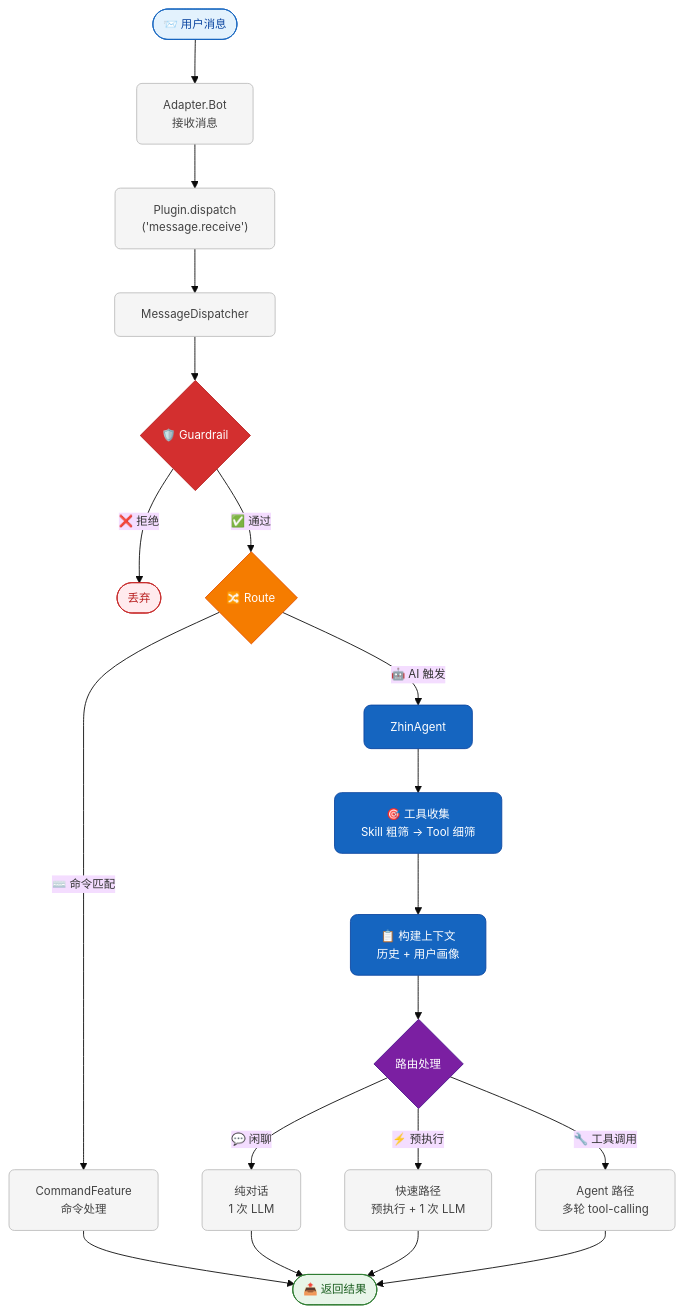
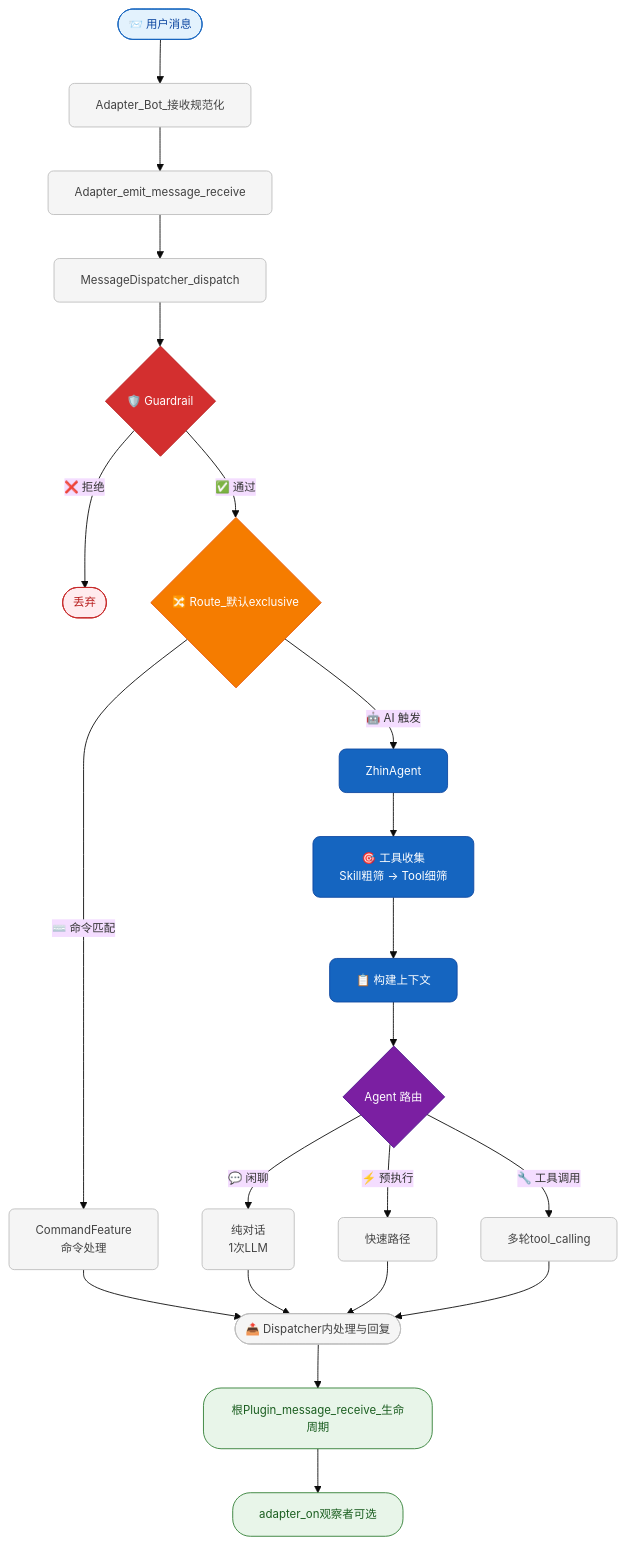
One commit to zhinjs/zhin changed the third of 3 diagrams in docs/architecture-overview.md. Above: the diagram before and after it, drawn with Mermaid. The commit also changed other lines of this file and 22 other files, not shown here.

````diff
--- a/docs/architecture-overview.md
+++ b/docs/architecture-overview.md
@@ -216,46 +218,48 @@
 ```mermaid
 %%{init: {'theme': 'base', 'themeVariables': { 'fontSize': '13px' }}}%%
 flowchart TD
-  A([" 📨 用户消息 "]) --> B["Adapter.Bot\n接收消息"]
-  B --> C["Plugin.dispatch\n('message.receive')"]
-  C --> D["MessageDispatcher"]
+  A([" 📨 用户消息 "]) --> B["Adapter_Bot_接收规范化"]
+  B --> C["Adapter_emit_message_receive"]
+  C --> D["MessageDispatcher_dispatch"]
 
   D --> E{" 🛡️ Guardrail "}
   E -->|" ❌ 拒绝 "| Z(["丢弃"])
-  E -->|" ✅ 通过 "| F{" 🔀 Route "}
+  E -->|" ✅ 通过 "| F{" 🔀 Route_默认exclusive "}
 
   F -->|" ⌨️ 命令匹配 "| G["CommandFeature\n命令处理"]
   F -->|" 🤖 AI 触发 "| H["ZhinAgent"]
 
-  H --> I["🎯 工具收集\nSkill 粗筛 → Tool 细筛"]
-  I --> J["📋 构建上下文\n历史 + 用户画像"]
-  J --> K{" 路由处理 "}
+  H --> I["🎯 工具收集\nSkill粗筛 → Tool细筛"]
+  I --> J["📋 构建上下文"]
+  J --> K{" Agent 路由 "}
 
-  K -->|" 💬 闲聊 "| L["纯对话\n1 次 LLM"]
-  K -->|" ⚡ 预执行 "| M["快速路径\n预执行 + 1 次 LLM"]
-  K -->|" 🔧 工具调用 "| N["Agent 路径\n多轮 tool-calling"]
+  K -->|" 💬 闲聊 "| L["纯对话\n1次LLM"]
+  K -->|" ⚡ 预执行 "| M["快速路径"]
+  K -->|" 🔧 工具调用 "| N["多轮tool_calling"]
 
   G --> O
   L --> O
   M --> O
   N --> O
-  O(["📤 返回结果"])
+  O([" 📤 Dispatcher内处理与回复 "])
+  O --> P[" 根Plugin_message_receive_生命周期"]
+  P --> Q[" adapter_on观察者可选"]
 
   classDef input fill:#e3f2fd,stroke:#1565c0,color:#0d47a1,rx:20
   classDef output fill:#e8f5e9,stroke:#2e7d32,color:#1b5e20,rx:20
   classDef drop fill:#ffebee,stroke:#c62828,color:#b71c1c,rx:20
   classDef guard fill:#d32f2f,stroke:#b71c1c,color:#fff
   classDef route fill:#f57c00,stroke:#e65100,color:#fff
   classDef aiNode fill:#1565c0,stroke:#0d47a1,color:#fff,rx:8
   classDef process fill:#f5f5f5,stroke:#bdbdbd,color:#424242,rx:6
   classDef routeNode fill:#7b1fa2,stroke:#4a148c,color:#fff
 
   class A input
-  class O output
+  class P,Q output
   class Z drop
   class E guard
   class F route
   class H,I,J aiNode
   class K routeNode
-  class B,C,D,G,L,M,N process
+  class B,C,D,G,L,M,N,O process
 ```
````
